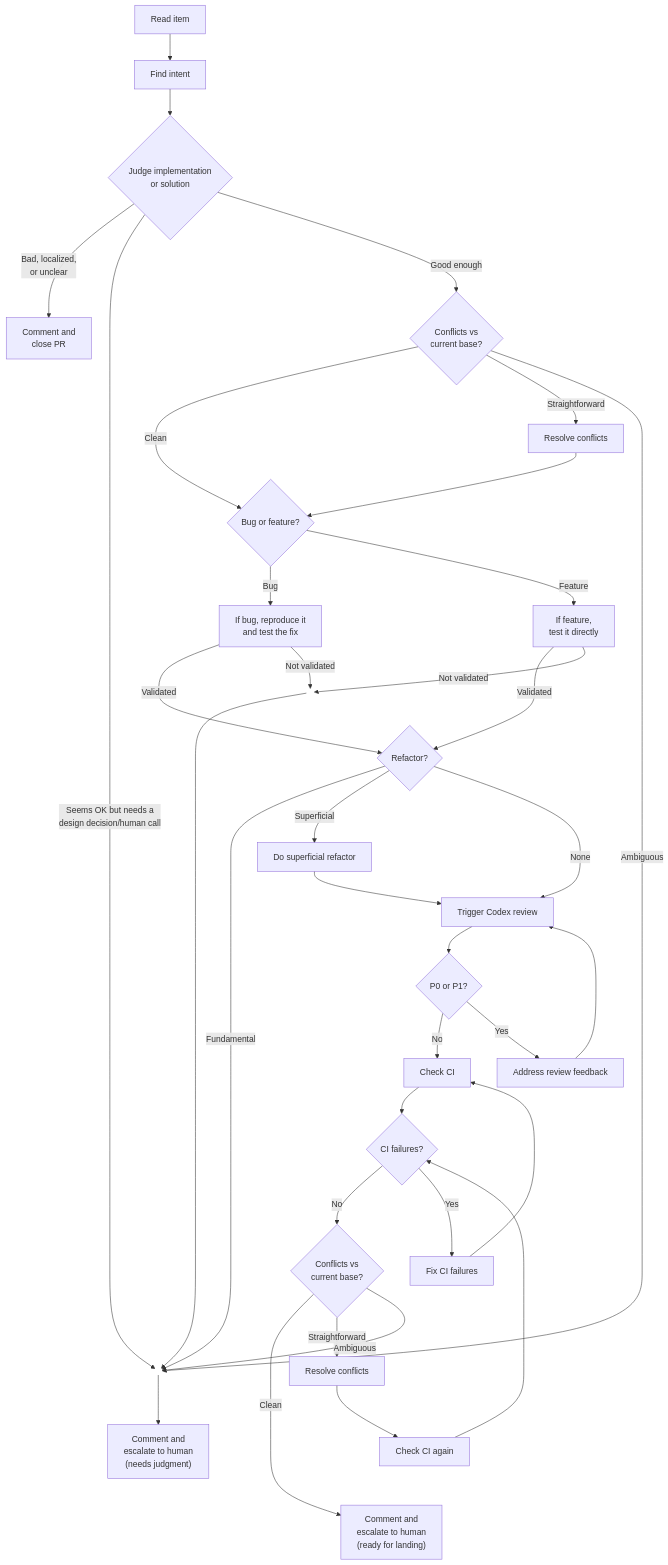
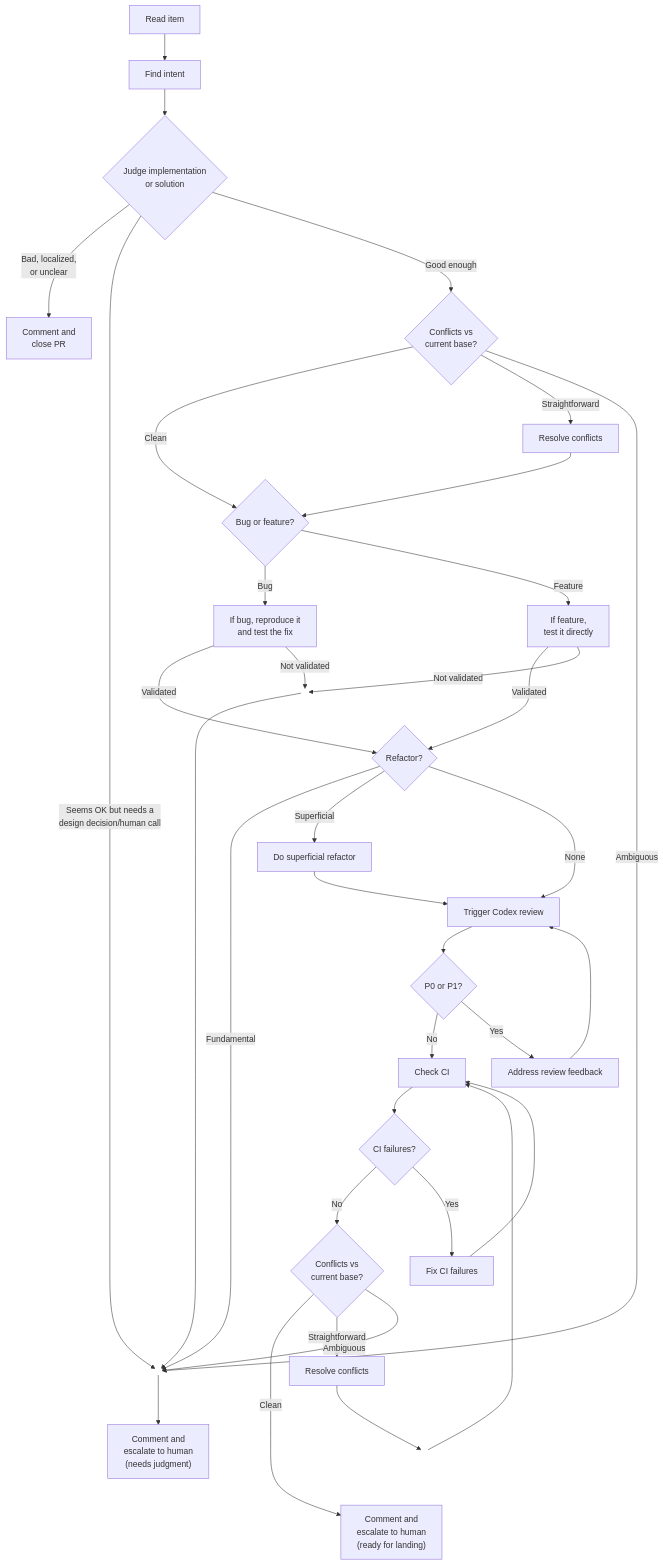
One commit to openclaw/acpx changed the diagram in examples/flows/pr-triage/README.md. Above: the diagram before and after it, drawn with Mermaid.

Commit message:
docs: remove duplicate ci node from pr triage flow

````diff
--- a/examples/flows/pr-triage/README.md
+++ b/examples/flows/pr-triage/README.md
@@ -5,50 +5,51 @@
 ```mermaid
 flowchart TD
     classDef hidden fill:none,stroke:none,color:none,stroke-width:0px;
     A[Read item] --> B[Find intent]
     B --> C{"Judge implementation<br/>or solution"}
     Y(( ))
-    class Y hidden
+    Z(( ))
+    class Y,Z hidden
 
     C -->|"Bad, localized,<br/>or unclear"| D[Comment and<br/>close PR]
     C -->|"Seems OK but needs a<br/>design decision/human call"| Y
     C -->|Good enough| M{"Conflicts vs<br/>current base?"}
 
     M -->|Clean| V{Bug or feature?}
     M -->|Straightforward| O[Resolve conflicts]
     O --> V
     M -->|Ambiguous| Y
 
     V -->|Bug| P[If bug, reproduce it<br/>and test the fix]
     V -->|Feature| T[If feature,<br/>test it directly]
 
     P -->|Validated| F{Refactor?}
     T -->|Validated| F
     P -->|"Not validated"| X(( ))
     T -->|"Not validated"| X
     X --> Y
     X ~~~ F
     class X hidden
 
     F -->|Fundamental| Y
     F -->|Superficial| R[Do superficial refactor]
     F -->|None| G[Trigger Codex review]
     R --> G
 
     G --> H{P0 or P1?}
     H -->|No| J[Check CI]
     H -->|Yes| I[Address review feedback]
     I --> G
     J --> K{CI failures?}
     K -->|No| Q{"Conflicts vs<br/>current base?"}
     K -->|Yes| L[Fix CI failures]
     L --> J
 
     Q -->|Clean| W["Comment and<br/>escalate to human<br/>(ready for landing)"]
     Q -->|Straightforward| U[Resolve conflicts]
-    U --> J2[Check CI again]
-    J2 --> K
+    U --> Z
+    Z --> J
     Q -->|Ambiguous| Y
     Y --> E["Comment and<br/>escalate to human<br/>(needs judgment)"]
-    J2 ~~~ W
+    Z ~~~ W
 ```
````
